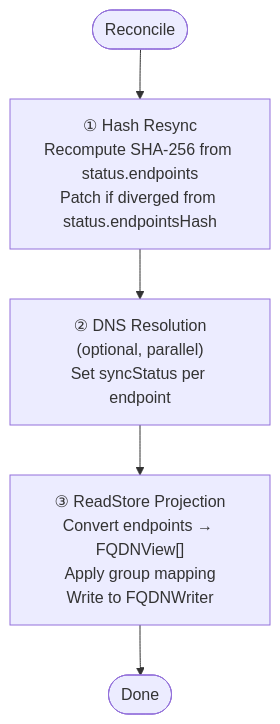
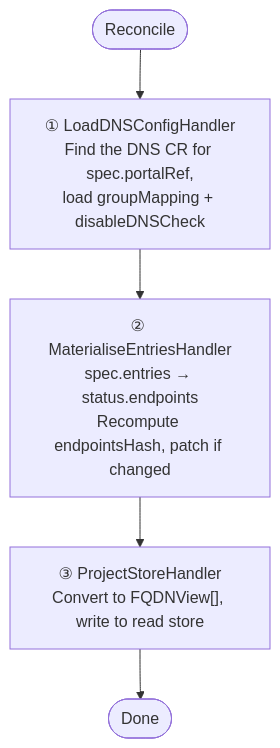
One commit to golgoth31/sreportal changed the second of 2 diagrams in docs/content/docs/flows/dnsrecord.md. Above: the diagram before and after it, drawn with Mermaid. The commit also changed other lines of this file and 4 other files, not shown here.

First line of the commit message:
docs: update configuration and DNS/DNSRecord flows for v1alpha2 architecture (#335)

````diff
--- a/docs/content/docs/flows/dnsrecord.md
+++ b/docs/content/docs/flows/dnsrecord.md
@@ -25,7 +42,7 @@
 ```mermaid
 flowchart TD
-    Start([Reconcile]) --> HashCheck
-    HashCheck["① Hash Resync\nRecompute SHA-256 from status.endpoints\nPatch if diverged from status.endpointsHash"] --> Resolve
-    Resolve["② DNS Resolution\n(optional, parallel)\nSet syncStatus per endpoint"] --> Project
-    Project["③ ReadStore Projection\nConvert endpoints → FQDNView[]\nApply group mapping\nWrite to FQDNWriter"] --> Done([Done])
+    Start([Reconcile]) --> H1
+    H1["① LoadDNSConfigHandler\nFind the DNS CR for spec.portalRef,\nload groupMapping + disableDNSCheck"] --> H2
+    H2["② MaterialiseEntriesHandler\nspec.entries → status.endpoints\nRecompute endpointsHash, patch if changed"] --> H3
+    H3["③ ProjectStoreHandler\nConvert to FQDNView[], write to read store"] --> Done([Done])
 ```
````
